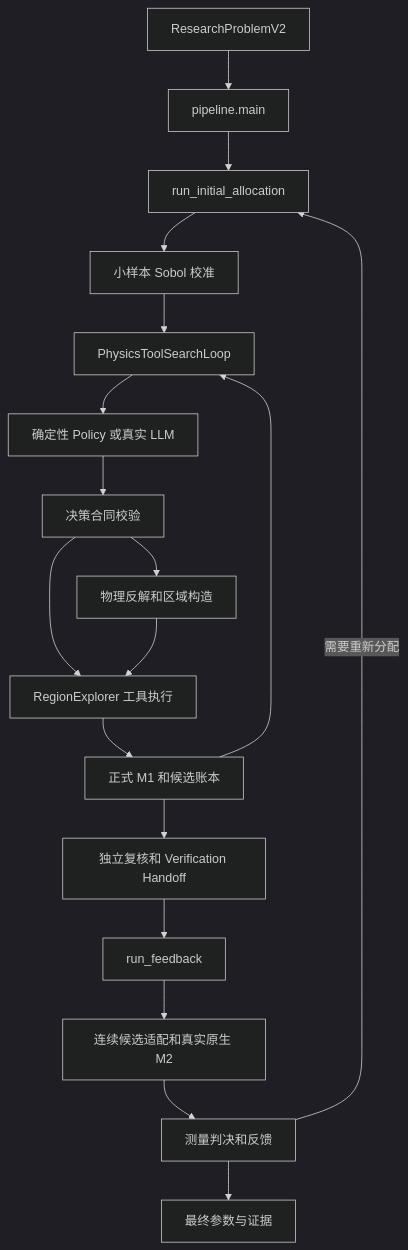
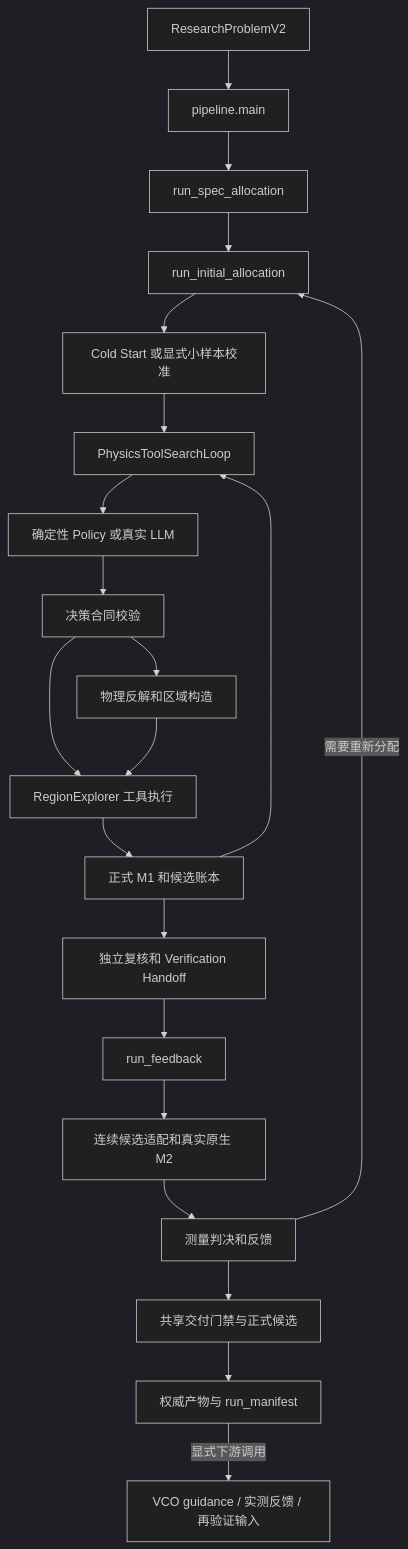
The diagram in docs/ARCHITECTURE.md (Jasperskkr/PLL_EVALAGENT), drawn with Mermaid (dark theme) before and after one commit. The commit also changed other lines of this file and 54 other files, not shown here.

````diff
--- a/docs/ARCHITECTURE.md
+++ b/docs/ARCHITECTURE.md
@@ -11,20 +15,23 @@
 ```mermaid
 flowchart TD
     A[ResearchProblemV2] --> B[pipeline.main]
-    B --> C[run_initial_allocation]
-    C --> D[小样本 Sobol 校准]
+    B --> P[run_spec_allocation]
+    P --> C[run_initial_allocation]
+    C --> D[Cold Start 或显式小样本校准]
     D --> E[PhysicsToolSearchLoop]
     E --> F[确定性 Policy 或真实 LLM]
     F --> G[决策合同校验]
     G --> H[物理反解和区域构造]
     G --> I[RegionExplorer 工具执行]
     H --> I
     I --> J[正式 M1 和候选账本]
     J --> E
     J --> K[独立复核和 Verification Handoff]
     K --> L[run_feedback]
     L --> M[连续候选适配和真实原生 M2]
     M --> N[测量判决和反馈]
     N -->|需要重新分配| C
-    N --> O[最终参数与证据]
+    N --> O[共享交付门禁与正式候选]
+    O --> Q[权威产物与 run_manifest]
+    Q -->|显式下游调用| V[VCO guidance / 实测反馈 / 再验证输入]
 ```
````
